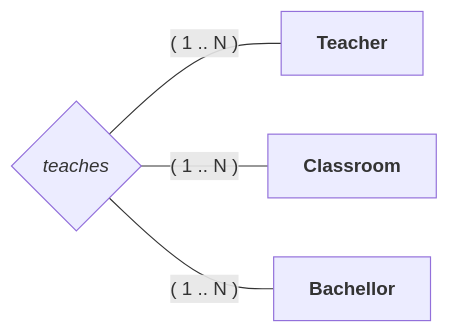
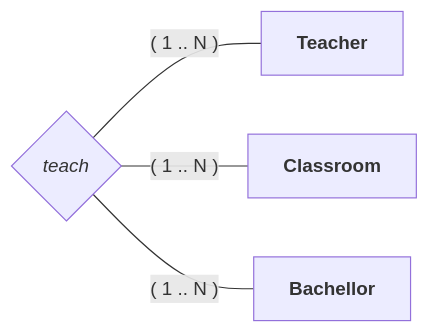
The seventh of 11 diagrams in Programming/Databases/data/Theory/RModel.md (angelromarco04/MyNotes), drawn with Mermaid before and after one commit. The commit also changed other lines of this file, not shown here.

````diff
--- a/Programming/Databases/data/Theory/RModel.md
+++ b/Programming/Databases/data/Theory/RModel.md
@@ -144,12 +144,12 @@
 ```mermaid
 flowchart LR
 	id2 -- ( 1 .. N ) --- id1
 	id2 -- ( 1 .. N ) --- id4
 	id2 -- ( 1 .. N ) --- id3
 
 
 	id1["`**Teacher**`"]
-	id2{"`*teaches*`"}
+	id2{"`*teach*`"}
 	id3["`**Bachellor**`"]
 	id4["`**Classroom**`"]
 ```
````
